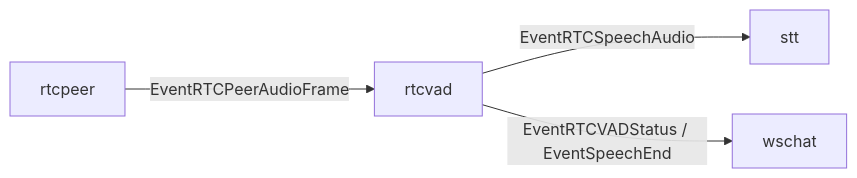
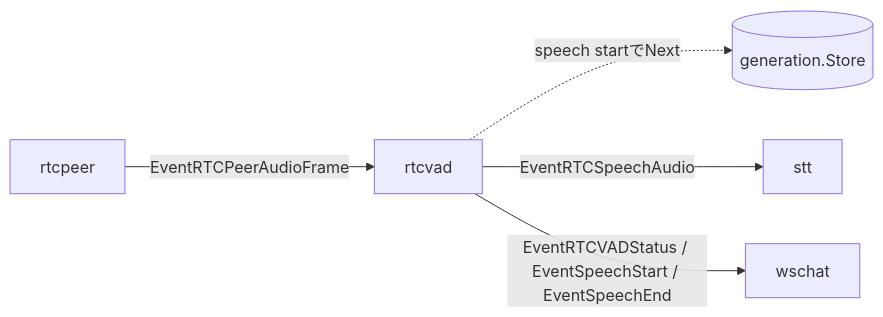
The diagram in docs/components/rtcvad.md (tetetratra/smart-speaker), drawn with Mermaid before and after one commit. The commit also changed other lines of this file and 8 other files, not shown here.

Commit message:
docs: update VAD generation flow

````diff
--- a/docs/components/rtcvad.md
+++ b/docs/components/rtcvad.md
@@ -24,6 +36,7 @@
 ```mermaid
 flowchart LR
   RTCPeer["rtcpeer"] -->|"EventRTCPeerAudioFrame"| VAD["rtcvad"]
+  VAD -.->|"speech startでNext"| GEN[("generation.Store")]
   VAD -->|"EventRTCSpeechAudio"| STT["stt"]
-  VAD -->|"EventRTCVADStatus / EventSpeechEnd"| WS["wschat"]
+  VAD -->|"EventRTCVADStatus / EventSpeechStart / EventSpeechEnd"| WS["wschat"]
 ```
````
